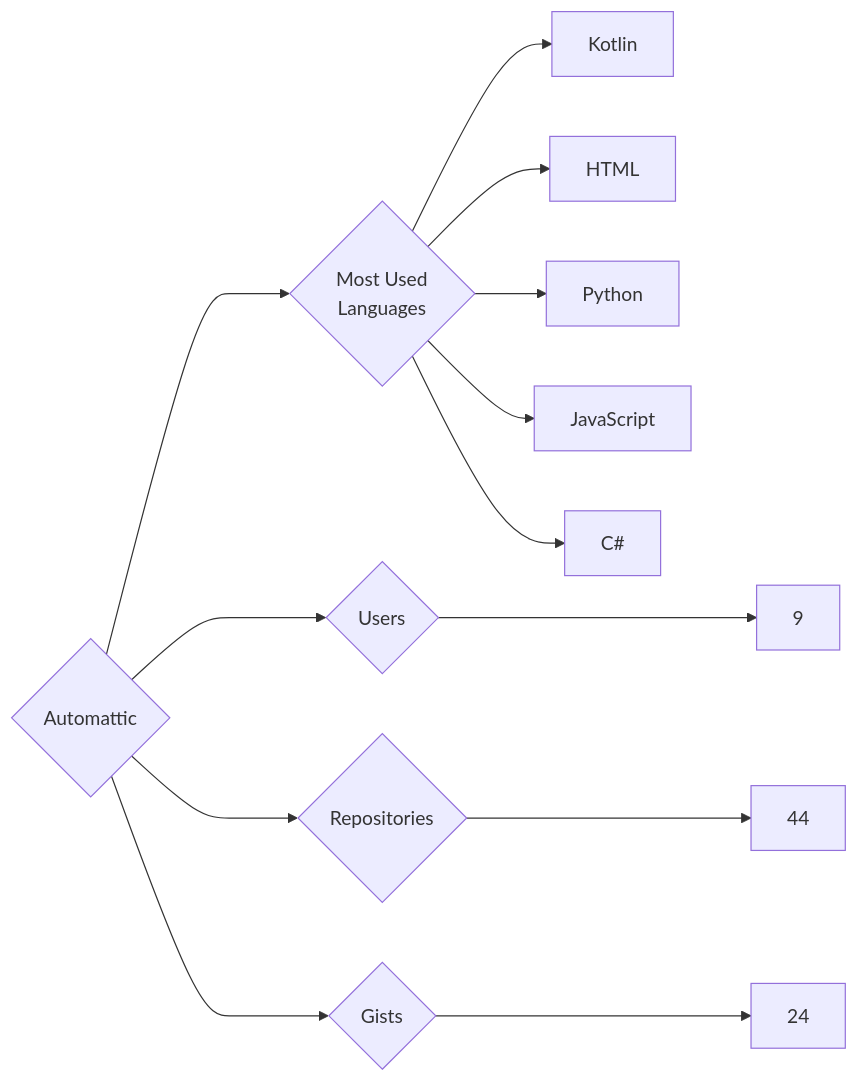
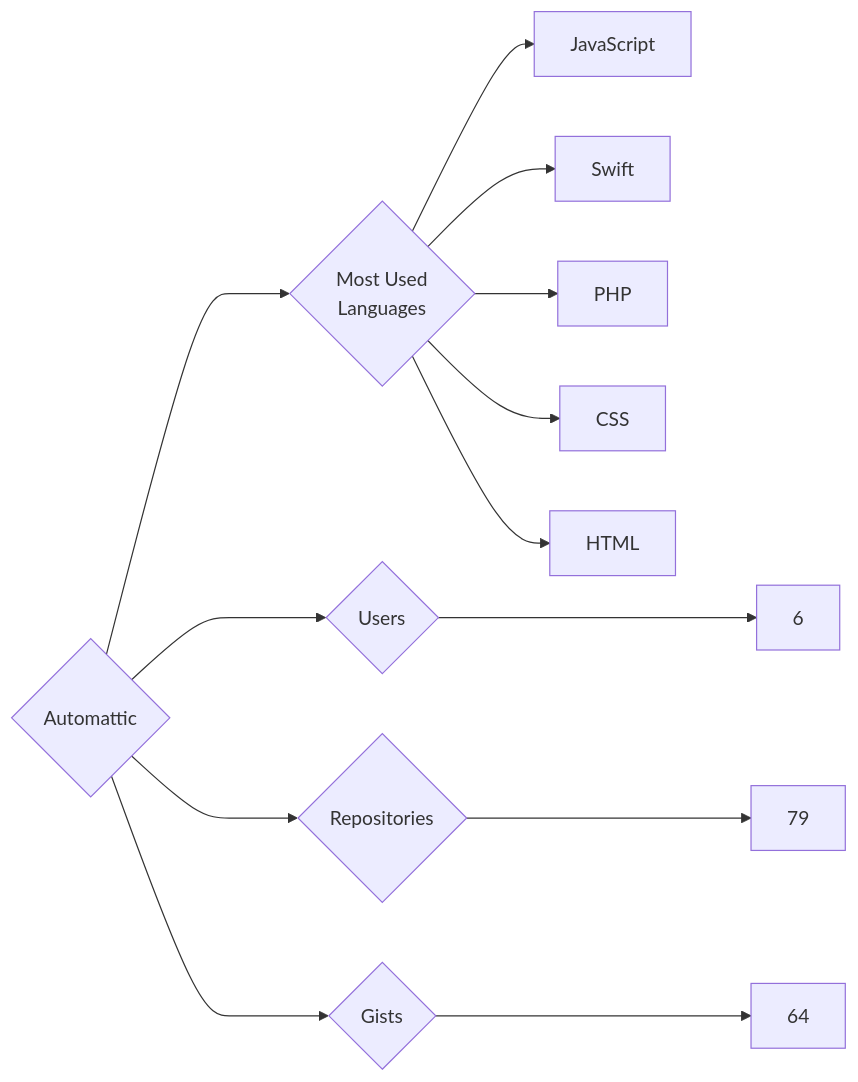
The diagram in targets/Automattic/README.md (trickest/insiders), drawn with Mermaid before and after one commit. The commit also changed 1089 other files, not shown here.

````diff
--- a/targets/Automattic/README.md
+++ b/targets/Automattic/README.md
@@ -3,13 +3,13 @@
 ```mermaid
 graph LR
 COMPANY_NAME{Automattic}
-COMPANY_NAME ---> U{Users} ---> UN[9]
-COMPANY_NAME ---> R{Repositories} ---> RN[44]
-COMPANY_NAME ---> G{Gists} ---> GN[24]
+COMPANY_NAME ---> U{Users} ---> UN[6]
+COMPANY_NAME ---> R{Repositories} ---> RN[79]
+COMPANY_NAME ---> G{Gists} ---> GN[64]
 COMPANY_NAME ---> ML{Most Used<br>Languages}
-ML --> Kotlin[Kotlin]
+ML --> JavaScript[JavaScript]
+ML --> Swift[Swift]
+ML --> PHP[PHP]
+ML --> CSS[CSS]
 ML --> HTML[HTML]
-ML --> Python[Python]
-ML --> JavaScript[JavaScript]
-ML --> C#[C#]
 ```
````
